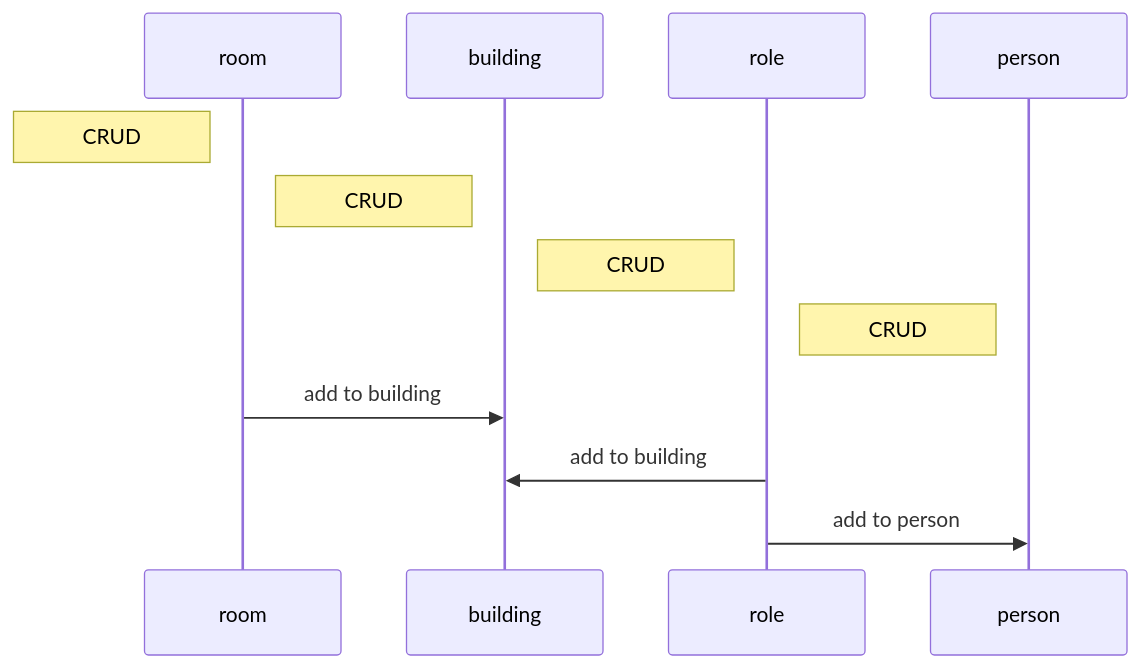
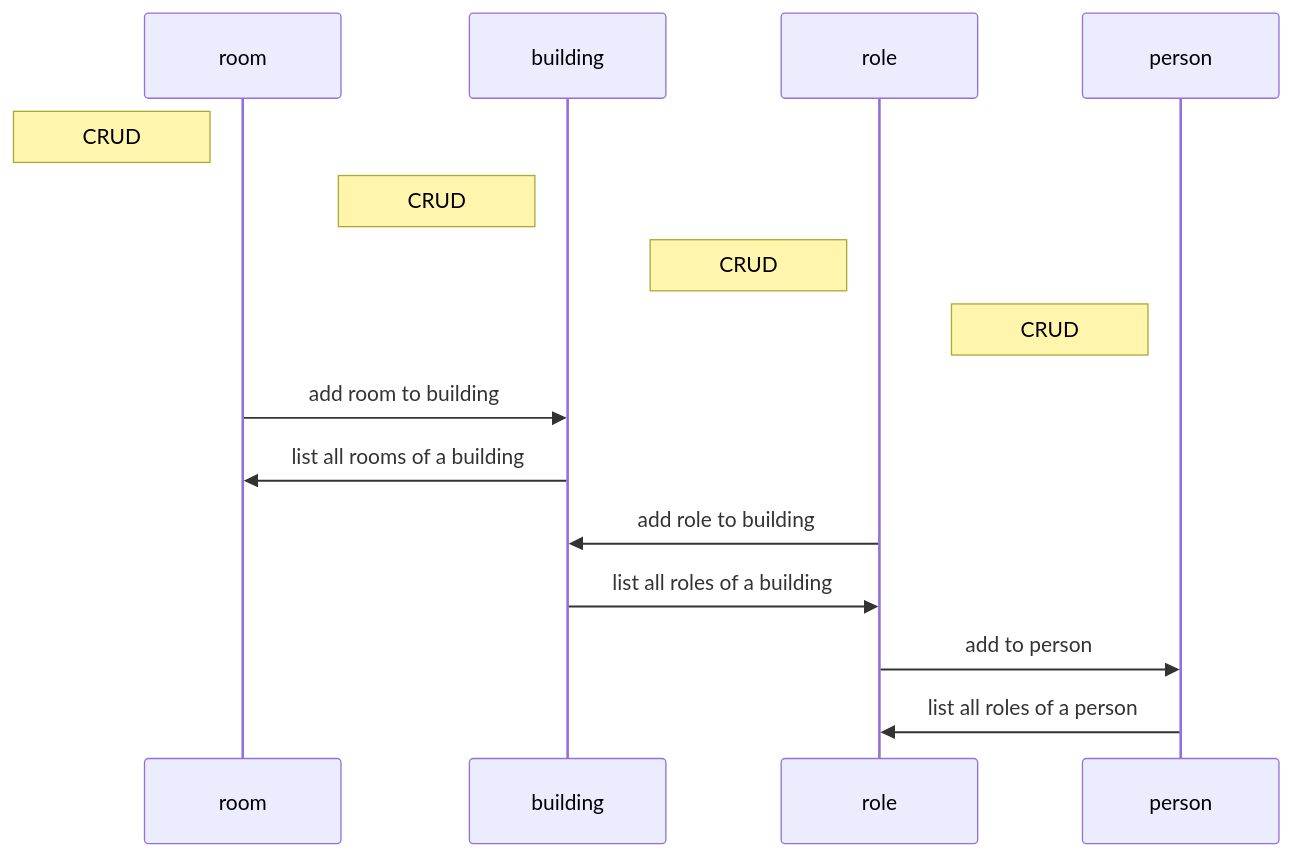
One commit to blasesteban/real-estate-register-app changed the diagram in README.md. Above: the diagram before and after it, drawn with Mermaid. The commit also changed other lines of this file and 28 other files, not shown here.

````diff
--- a/README.md
+++ b/README.md
@@ -47,16 +13,17 @@
 ```mermaid
 sequenceDiagram
 participant room
 participant building
 participant role
 participant person
 note left of room: CRUD
 note left of building: CRUD
 note left of role: CRUD
 note left of person: CRUD
-
-
-room->>building: add to building
-role->>building: add to building
+room->>building: add room to building
+building->>room: list all rooms of a building
+role->>building: add role to building
+building->>role: list all roles of a building
 role->>person: add to person
+person->>role: list all roles of a person
 ```
````
